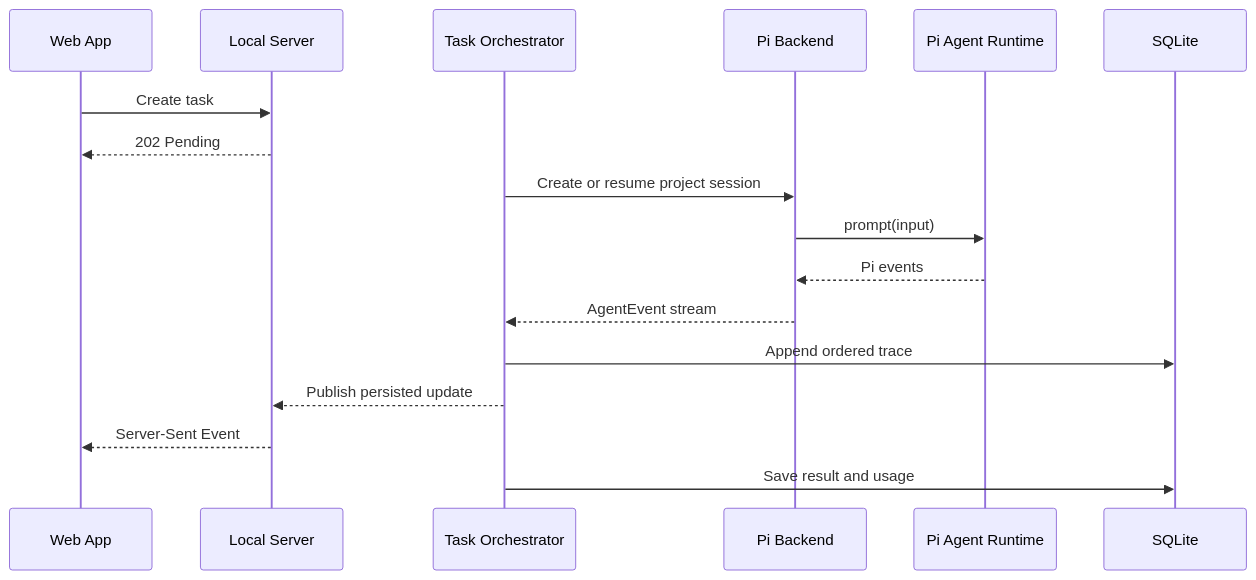
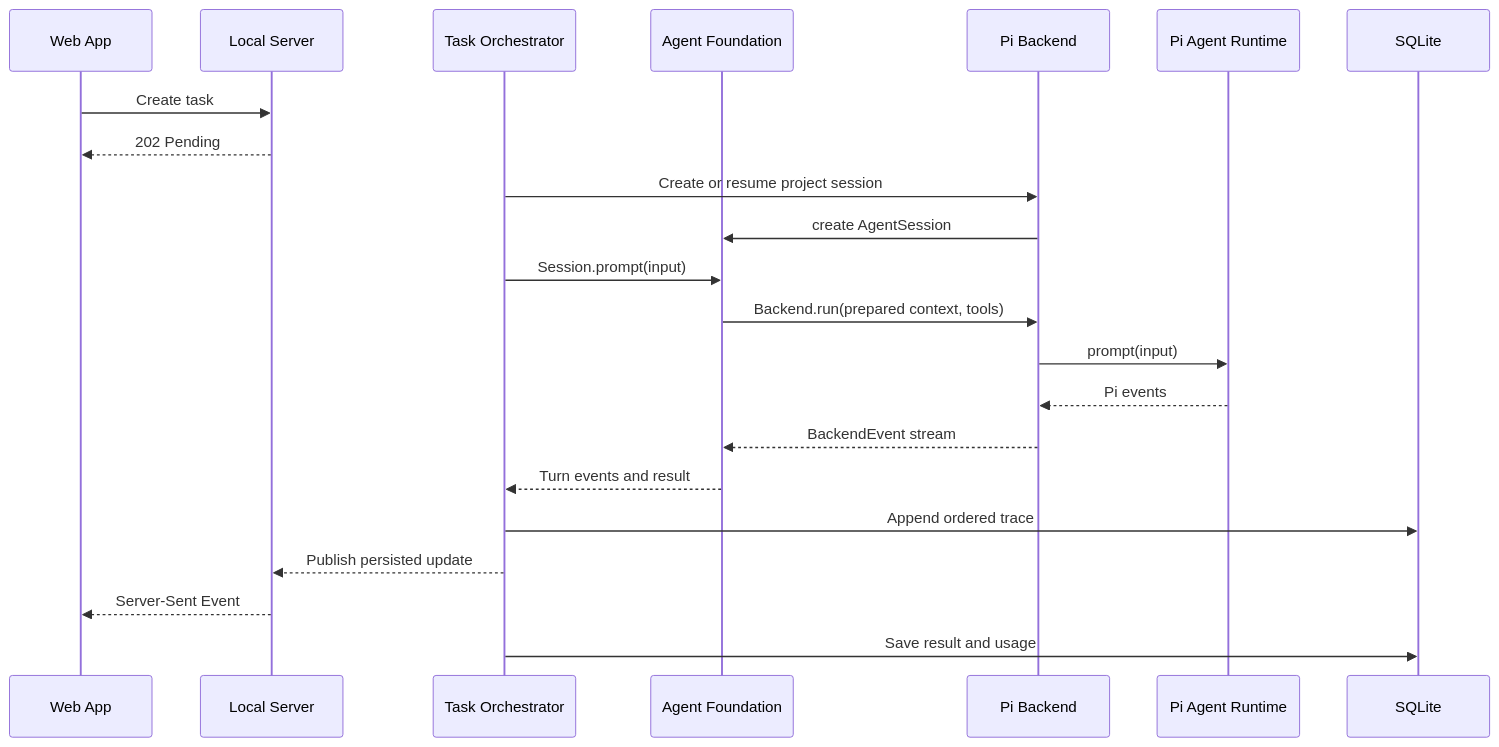
Before and after one commit to SureD/babybot: the second of 3 diagrams in docs/ARCHITECTURE.md, drawn with Mermaid. The commit also changed other lines of this file and 17 other files, not shown here.

Commit message:
Improve agent session and tool runtime integration

````diff
--- a/docs/ARCHITECTURE.md
+++ b/docs/ARCHITECTURE.md
@@ -128,20 +129,25 @@
 ```mermaid
 sequenceDiagram
     participant UI as Web App
     participant API as Local Server
     participant Core as Task Orchestrator
+    participant Agent as Agent Foundation
     participant Adapter as Pi Backend
     participant Runtime as Pi Agent Runtime
     participant DB as SQLite
 
     UI->>API: Create task
     API-->>UI: 202 Pending
     Core->>Adapter: Create or resume project session
+    Adapter->>Agent: create AgentSession
+    Core->>Agent: Session.prompt(input)
+    Agent->>Adapter: Backend.run(prepared context, tools)
     Adapter->>Runtime: prompt(input)
     Runtime-->>Adapter: Pi events
-    Adapter-->>Core: AgentEvent stream
+    Adapter-->>Agent: BackendEvent stream
+    Agent-->>Core: Turn events and result
     Core->>DB: Append ordered trace
     Core-->>API: Publish persisted update
     API-->>UI: Server-Sent Event
     Core->>DB: Save result and usage
 ```
````
